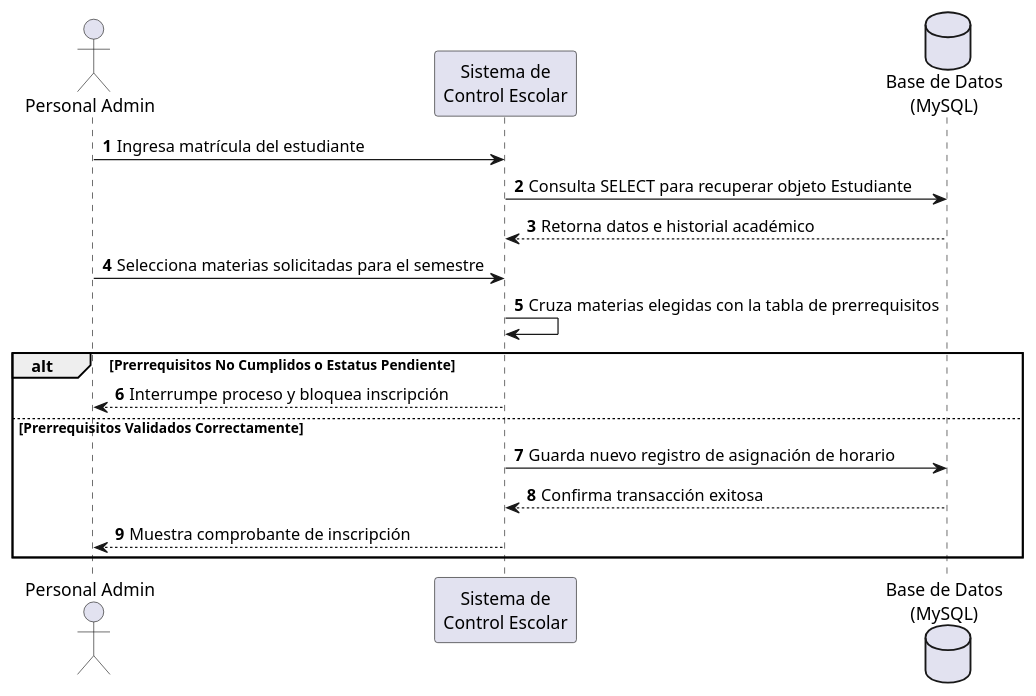
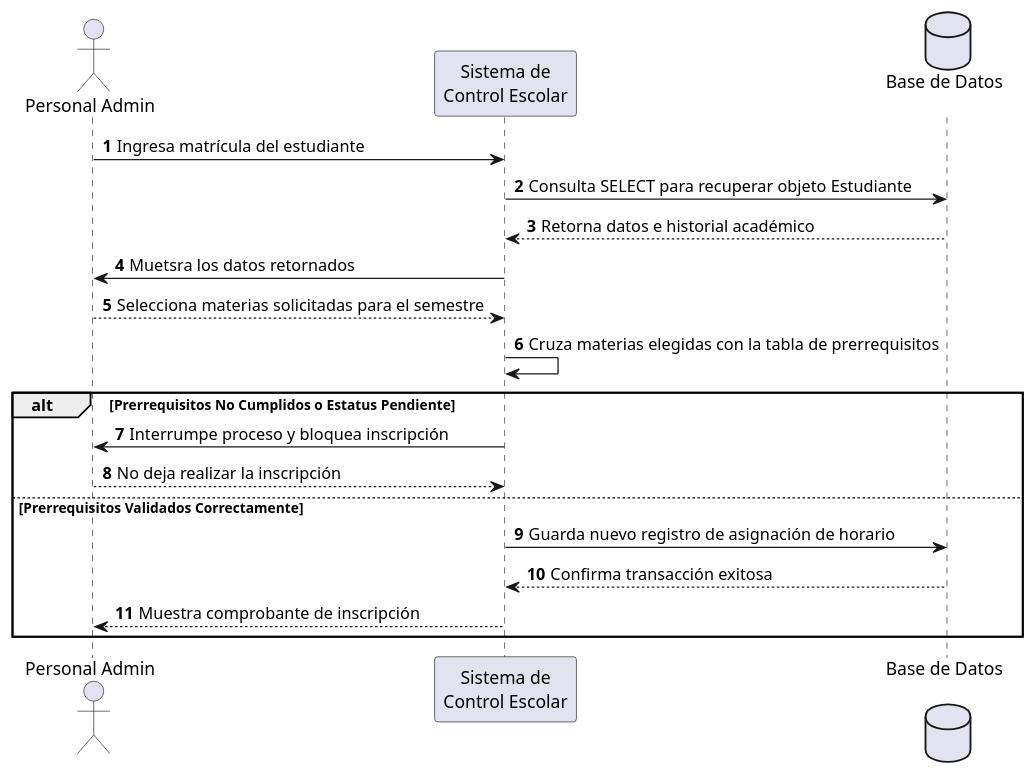
The diagram in TrabajoEquipo/Caso2.puml (elipaulina1311-del/TrabajoEquipo), drawn with PlantUML before and after one commit. The commit also changed 10 other files, not shown here.

```diff
--- a/TrabajoEquipo/Caso2.puml
+++ b/TrabajoEquipo/Caso2.puml
@@ -1,25 +1,26 @@
 @startuml Caso de Uso 2: Inscripción y Validación de Prerrequisitos
 autonumber
 skinparam BoxPadding 10
 skinparam ParticipantPadding 10
 
 
 actor "Personal Admin" as Admin
 participant "Sistema de\nControl Escolar" as System
-database "Base de Datos\n(MySQL)" as DB
+database "Base de Datos\n" as DB
 
 Admin -> System: Ingresa matrícula del estudiante
 System -> DB: Consulta SELECT para recuperar objeto Estudiante
 DB --> System: Retorna datos e historial académico
-Admin -> System: Selecciona materias solicitadas para el semestre
+System -> Admin: Muetsra los datos retornados 
+Admin --> System: Selecciona materias solicitadas para el semestre
 System -> System: Cruza materias elegidas con la tabla de prerrequisitos
 
 alt Prerrequisitos No Cumplidos o Estatus Pendiente
-    System --> Admin: Interrumpe proceso y bloquea inscripción
+    System -> Admin: Interrumpe proceso y bloquea inscripción
+    Admin --> System: No deja realizar la inscripción
 else Prerrequisitos Validados Correctamente
     System -> DB: Guarda nuevo registro de asignación de horario
     DB --> System: Confirma transacción exitosa
     System --> Admin: Muestra comprobante de inscripción
 end
-
 @enduml
```
